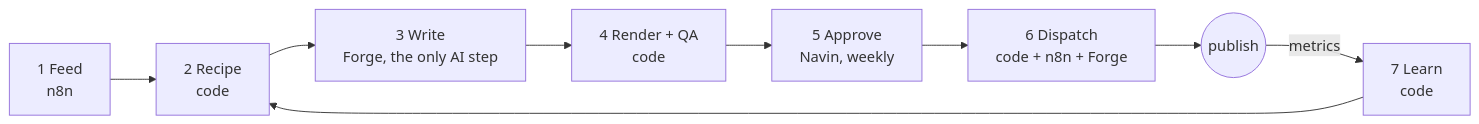
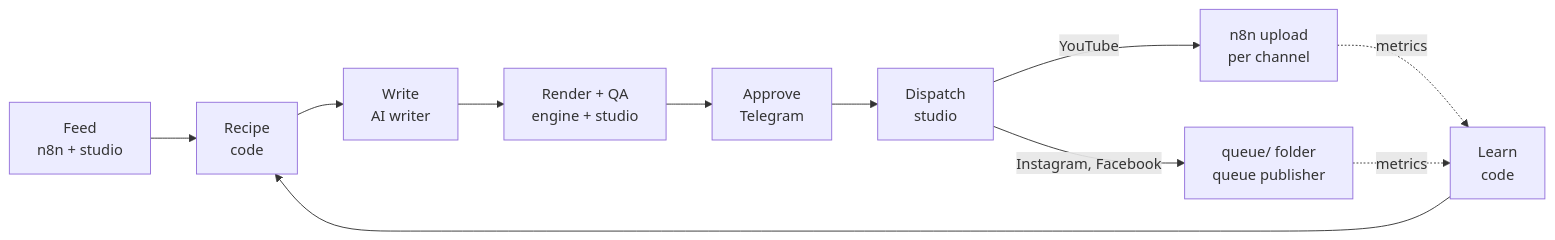
The diagram in README.md (navin-labs/agent-studio), drawn with Mermaid before and after one commit. The commit also changed other lines of this file and 8 other files, not shown here.

````diff
--- a/README.md
+++ b/README.md
@@ -9,6 +24,7 @@
 ```mermaid
 flowchart LR
-  F[1 Feed<br/>n8n] --> R[2 Recipe<br/>code] --> W[3 Write<br/>Forge, the only AI step] --> Q[4 Render + QA<br/>code] --> A[5 Approve<br/>Navin, weekly] --> D[6 Dispatch<br/>code + n8n + Forge]
-  D --> P((publish))
-  P -- metrics --> L[7 Learn<br/>code] --> R
+  F[Feed<br/>n8n + studio] --> R[Recipe<br/>code] --> W[Write<br/>AI writer] --> Q[Render + QA<br/>engine + studio] --> A[Approve<br/>Telegram] --> D[Dispatch<br/>studio]
+  D -->|YouTube| N[n8n upload<br/>per channel]
+  D -->|Instagram, Facebook| P[queue/ folder<br/>queue publisher]
+  N & P -. metrics .-> L[Learn<br/>code] --> R
 ```
````
